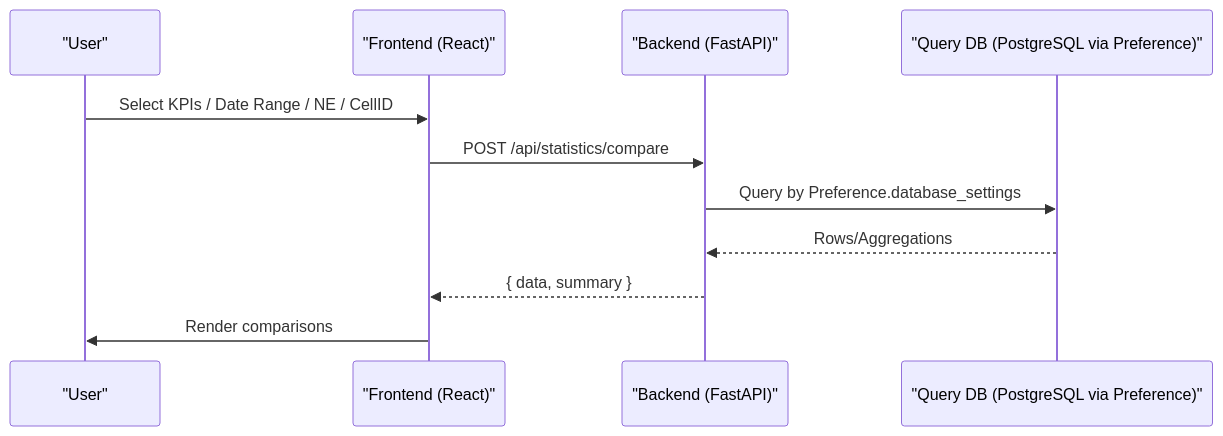
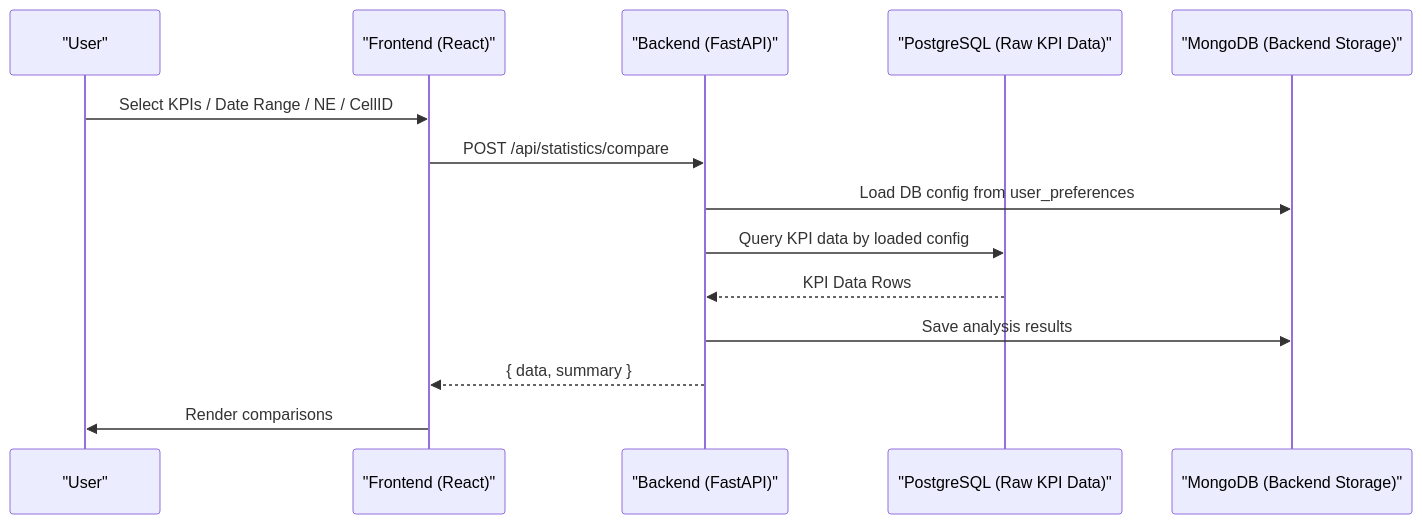
One commit to Ranponim/0809 changed the second of 4 diagrams in kpi_dashboard/docs/architecture.md. Above: the diagram before and after it, drawn with Mermaid. The commit also changed other lines of this file and 118 other files, not shown here.

````diff
--- a/kpi_dashboard/docs/architecture.md
+++ b/kpi_dashboard/docs/architecture.md
@@ -24,14 +26,17 @@
 ```mermaid
 sequenceDiagram
   participant U as "User"
   participant FE as "Frontend (React)"
   participant BE as "Backend (FastAPI)"
-  participant DB as "Query DB (PostgreSQL via Preference)"
+  participant PG as "PostgreSQL (Raw KPI Data)"
+  participant MG as "MongoDB (Backend Storage)"
 
   U->>FE: Select KPIs / Date Range / NE / CellID
   FE->>BE: POST /api/statistics/compare
-  BE->>DB: Query by Preference.database_settings
-  DB-->>BE: Rows/Aggregations
+  BE->>MG: Load DB config from user_preferences
+  BE->>PG: Query KPI data by loaded config
+  PG-->>BE: KPI Data Rows
+  BE->>MG: Save analysis results
   BE-->>FE: { data, summary }
   FE->>U: Render comparisons
 ```
````
